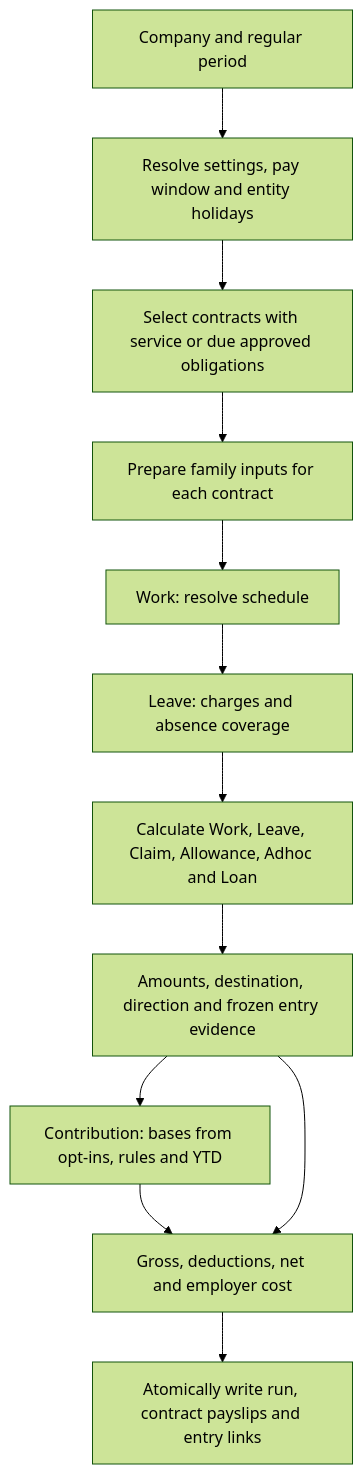
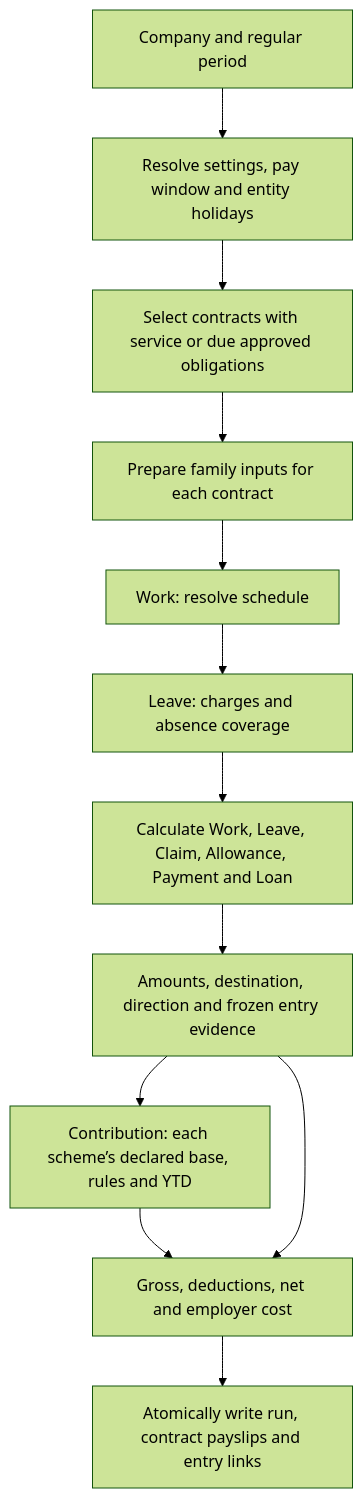
The first of 2 diagrams in hr-payroll/docs/architecture.md (norbital-ai/templates), drawn with Mermaid (forest theme) before and after one commit. The commit also changed other lines of this file and 8 other files, not shown here.

````diff
--- a/hr-payroll/docs/architecture.md
+++ b/hr-payroll/docs/architecture.md
@@ -123,14 +123,14 @@
 ```mermaid
 flowchart TD
     Request[Company and regular period] --> Context[Resolve settings, pay window and entity holidays]
     Context --> Contracts[Select contracts with service or due approved obligations]
     Contracts --> Prepare[Prepare family inputs for each contract]
     Prepare --> Work[Work: resolve schedule]
     Work --> Leave[Leave: charges and absence coverage]
-    Leave --> Calculate[Calculate Work, Leave, Claim, Allowance, Adhoc and Loan]
+    Leave --> Calculate[Calculate Work, Leave, Claim, Allowance, Payment and Loan]
     Calculate --> Results[Amounts, destination, direction and frozen entry evidence]
-    Results --> Contribution[Contribution: bases from opt-ins, rules and YTD]
+    Results --> Contribution[Contribution: each scheme’s declared base, rules and YTD]
     Contribution --> Settle[Gross, deductions, net and employer cost]
     Results --> Settle
     Settle --> Commit[Atomically write run, contract payslips and entry links]
 ```
````
